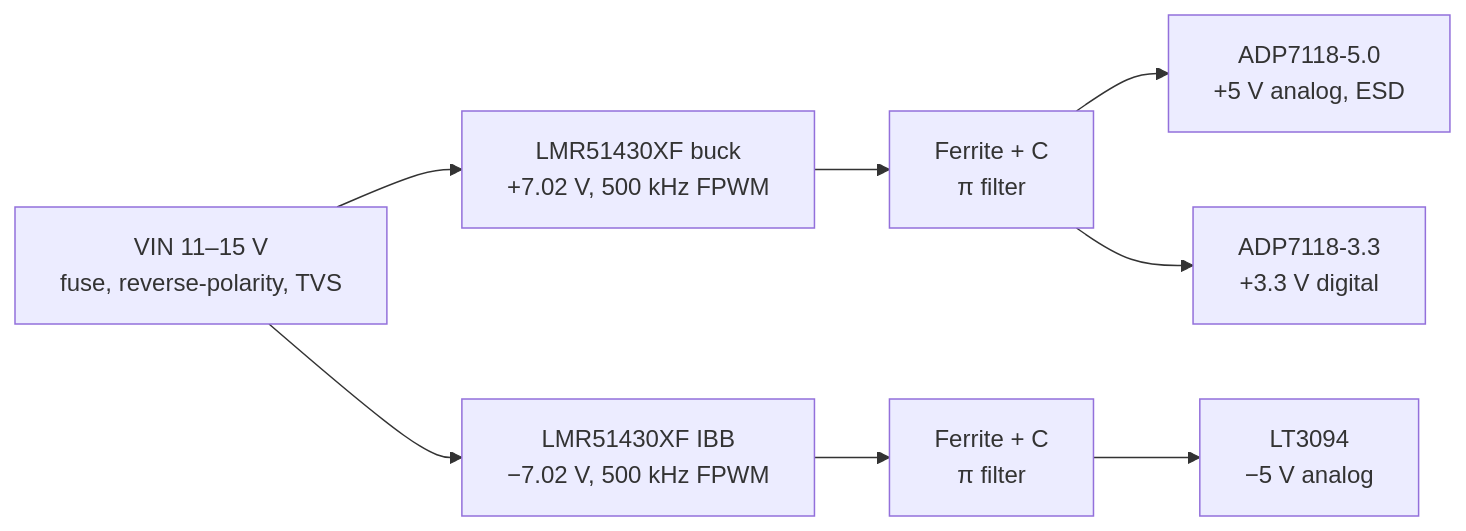
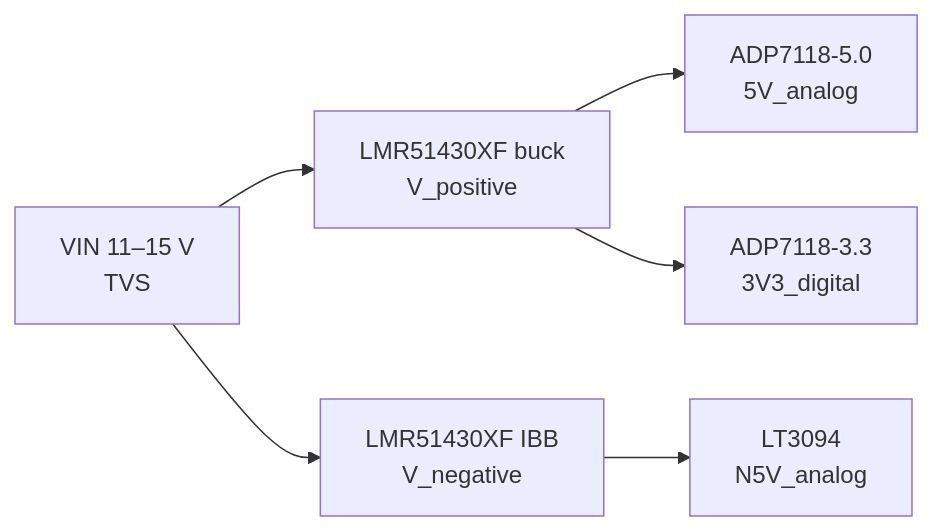
The first of 3 diagrams in README.md (elizeltser/LIA-board), drawn with Mermaid before and after one commit. The commit also changed other lines of this file, not shown here.

````diff
--- a/README.md
+++ b/README.md
@@ -288,10 +285,8 @@
 ```mermaid
 flowchart LR
-    VIN["VIN 11–15 V<br/>fuse, reverse-polarity, TVS"] --> BUCK["LMR51430XF buck<br/>+7.02 V, 500 kHz FPWM"]
-    VIN --> IBB["LMR51430XF IBB<br/>−7.02 V, 500 kHz FPWM"]
-    BUCK --> F1["Ferrite + C<br/>π filter"]
-    F1 --> LDO5["ADP7118-5.0<br/>+5 V analog, ESD"]
-    F1 --> LDO33["ADP7118-3.3<br/>+3.3 V digital"]
-    IBB --> F2["Ferrite + C<br/>π filter"]
-    F2 --> LDON5["LT3094<br/>−5 V analog"]
+    VIN["VIN 11–15 V<br/>TVS"] --> BUCK["LMR51430XF buck<br/>V_positive"]
+    VIN --> IBB["LMR51430XF IBB<br/>V_negative"]
+    BUCK --> LDO5["ADP7118-5.0<br/>5V_analog"]
+    BUCK --> LDO33["ADP7118-3.3<br/>3V3_digital"]
+    IBB --> LDON5["LT3094<br/>N5V_analog"]
 ```
````
